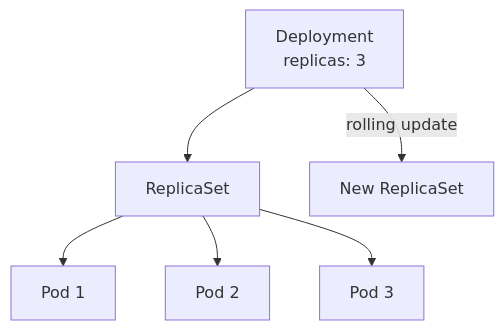
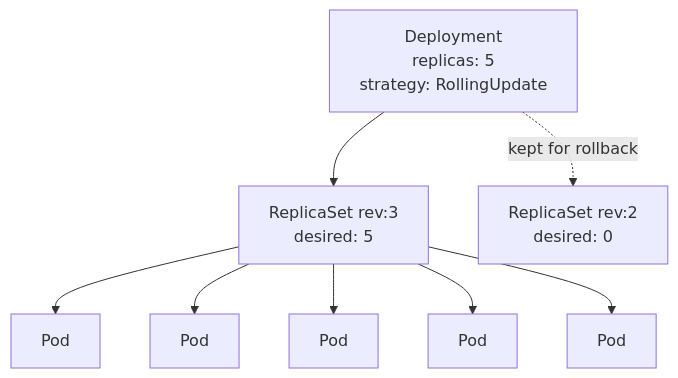
One commit to hareramcse/SystemDesign changed diagram 29 of 47 in 11-cloud-and-kubernetes/README.md. Above: the diagram before and after it, drawn with Mermaid. The commit also changed other lines of this file and 14 other files, not shown here.

````diff
--- a/11-cloud-and-kubernetes/README.md
+++ b/11-cloud-and-kubernetes/README.md
@@ -1256,8 +1490,10 @@
 ```mermaid
 flowchart TB
-    Dep[Deployment<br/>replicas: 3] --> RS[ReplicaSet]
-    RS --> P1[Pod 1]
-    RS --> P2[Pod 2]
-    RS --> P3[Pod 3]
-    Dep -->|rolling update| RS2[New ReplicaSet]
+    Dep[Deployment<br/>replicas: 5<br/>strategy: RollingUpdate] --> RSnew[ReplicaSet rev:3<br/>desired: 5]
+    Dep -.->|kept for rollback| RSold[ReplicaSet rev:2<br/>desired: 0]
+    RSnew --> P1[Pod]
+    RSnew --> P2[Pod]
+    RSnew --> P3[Pod]
+    RSnew --> P4[Pod]
+    RSnew --> P5[Pod]
 ```
````
